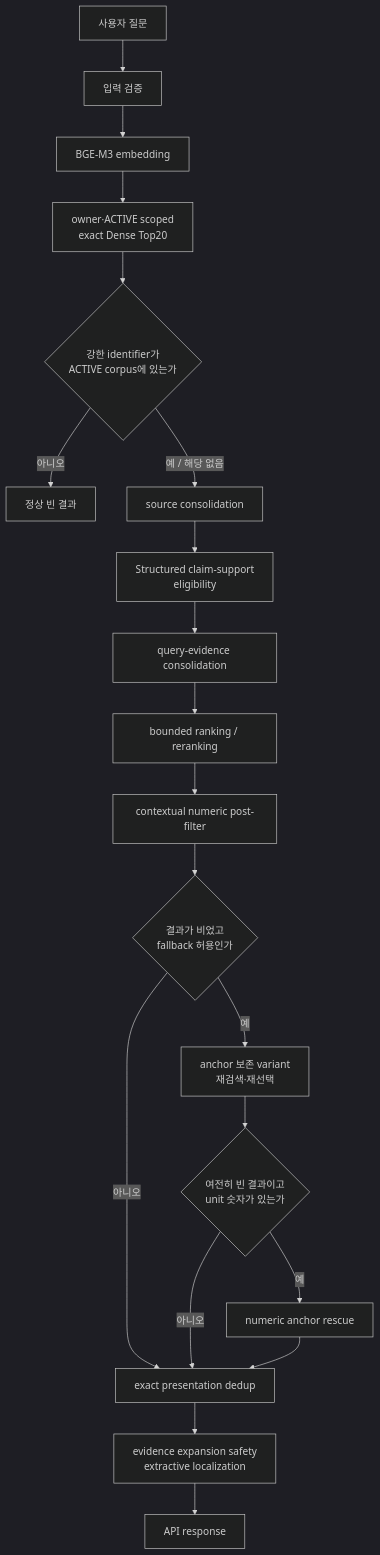
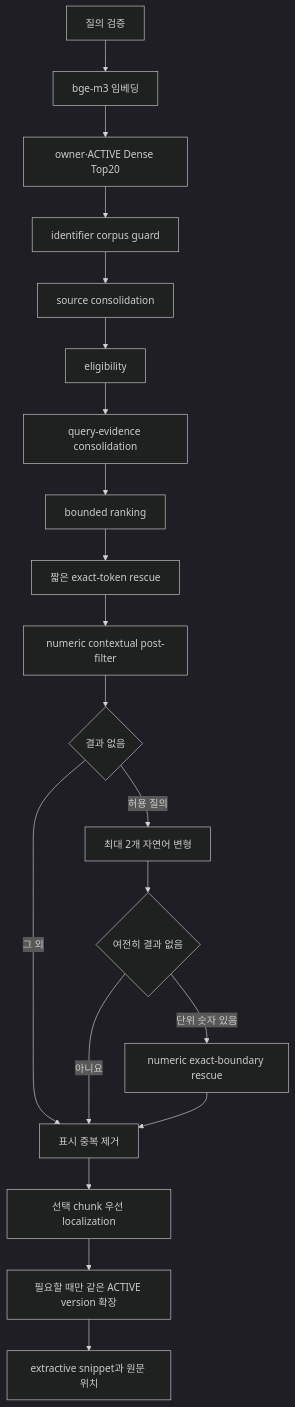
One commit to jaemin-devlog/PRIZM changed the diagram in specs/PRZ-016-search-performance-v2/SEARCH-FINAL-ARCHITECTURE.md. Above: the diagram before and after it, drawn with Mermaid (dark theme). The commit also changed other lines of this file and 20 other files, not shown here.

````diff
--- a/specs/PRZ-016-search-performance-v2/SEARCH-FINAL-ARCHITECTURE.md
+++ b/specs/PRZ-016-search-performance-v2/SEARCH-FINAL-ARCHITECTURE.md
@@ -16,22 +28,22 @@
 ```mermaid
 flowchart TD
-    Q[사용자 질문] --> V[입력 검증]
-    V --> E[BGE-M3 embedding]
-    E --> D[owner·ACTIVE scoped<br/>exact Dense Top20]
-    D --> I{강한 identifier가<br/>ACTIVE corpus에 있는가}
-    I -- 아니오 --> N[정상 빈 결과]
-    I -- 예 / 해당 없음 --> S[source consolidation]
-    S --> C[Structured claim-support<br/>eligibility]
-    C --> G[query-evidence consolidation]
-    G --> R[bounded ranking / reranking]
-    R --> P[contextual numeric post-filter]
-    P --> F{결과가 비었고<br/>fallback 허용인가}
-    F -- 예 --> FV[anchor 보존 variant<br/>재검색·재선택]
-    FV --> NR{여전히 빈 결과이고<br/>unit 숫자가 있는가}
-    F -- 아니오 --> X[exact presentation dedup]
-    NR -- 예 --> NS[numeric anchor rescue]
-    NR -- 아니오 --> X
-    NS --> X
-    X --> L[evidence expansion safety<br/>extractive localization]
-    L --> A[API response]
+    Q[질의 검증] --> E[bge-m3 임베딩]
+    E --> D[owner·ACTIVE Dense Top20]
+    D --> I[identifier corpus guard]
+    I --> C[source consolidation]
+    C --> EL[eligibility]
+    EL --> G[query-evidence consolidation]
+    G --> R[bounded ranking]
+    R --> S[짧은 exact-token rescue]
+    S --> N[numeric contextual post-filter]
+    N --> Z{결과 없음}
+    Z -->|허용 질의| F[최대 2개 자연어 변형]
+    Z -->|그 외| P[표시 중복 제거]
+    F --> X{여전히 결과 없음}
+    X -->|단위 숫자 있음| B[numeric exact-boundary rescue]
+    X -->|아니요| P
+    B --> P
+    P --> L[선택 chunk 우선 localization]
+    L --> A[필요할 때만 같은 ACTIVE version 확장]
+    A --> O[extractive snippet과 원문 위치]
 ```
````
